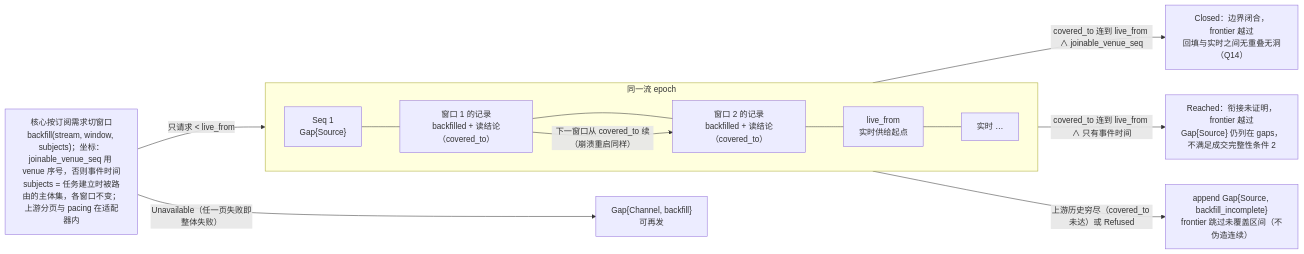
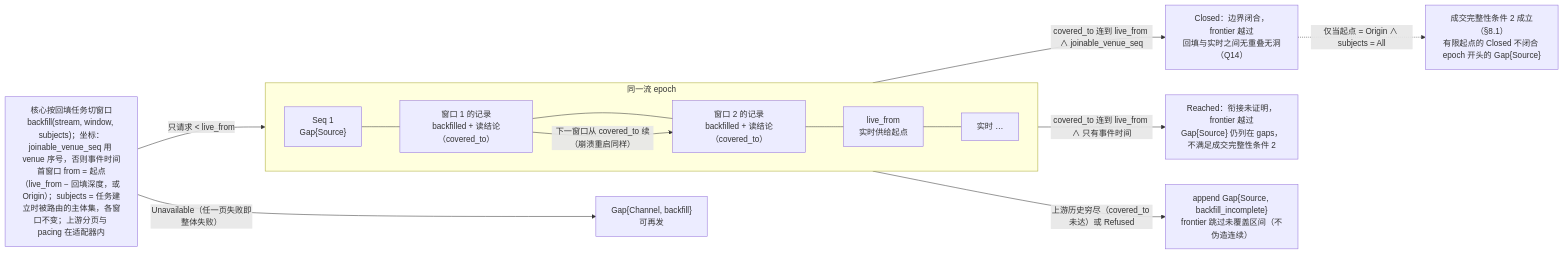
Before and after one commit to mouriya-s-lab/uta: the fourth of 6 diagrams in design/diagrams/03-observation-ingest.md, drawn with Mermaid. The commit also changed other lines of this file and 9 other files, not shown here.

Commit message:
design: subject-scoped delivery and delivery-only items, Pending with instance_id, backfill trigger and origin provability, orders completeness bound shape, stale health at startup, quota-pool transition, route demand from supply items

````diff
--- a/design/diagrams/03-observation-ingest.md
+++ b/design/diagrams/03-observation-ingest.md
@@ -101,13 +102,14 @@
 ```mermaid
 flowchart LR
   subgraph EPOCH["同一流 epoch"]
     direction LR
     G["Seq 1<br/>Gap{Source}"] --- BF1["窗口 1 的记录<br/>backfilled + 读结论（covered_to）"] --- BF2["窗口 2 的记录<br/>backfilled + 读结论（covered_to）"] --- LF["live_from<br/>实时供给起点"] --- L1["实时 …"]
   end
-  CORE["核心按订阅需求切窗口<br/>backfill(stream, window, subjects)；坐标：joinable_venue_seq 用 venue 序号，否则事件时间<br/>subjects = 任务建立时被路由的主体集，各窗口不变；上游分页与 pacing 在适配器内"] -->|"只请求 < live_from"| BF1
+  CORE["核心按回填任务切窗口<br/>backfill(stream, window, subjects)；坐标：joinable_venue_seq 用 venue 序号，否则事件时间<br/>首窗口 from = 起点（live_from − 回填深度，或 Origin）；subjects = 任务建立时被路由的主体集，各窗口不变；上游分页与 pacing 在适配器内"] -->|"只请求 < live_from"| BF1
   BF1 -->|"下一窗口从 covered_to 续（崩溃重启同样）"| BF2
   BF2 -->|"covered_to 连到 live_from ∧ joinable_venue_seq"| CLOSE["Closed：边界闭合，frontier 越过<br/>回填与实时之间无重叠无洞（Q14）"]
   BF2 -->|"covered_to 连到 live_from ∧ 只有事件时间"| REACH["Reached：衔接未证明，frontier 越过<br/>Gap{Source} 仍列在 gaps，不满足成交完整性条件 2"]
+  CLOSE -.->|"仅当起点 = Origin ∧ subjects = All"| COMPLETE["成交完整性条件 2 成立（§8.1）<br/>有限起点的 Closed 不闭合 epoch 开头的 Gap{Source}"]
   BF2 -->|"上游历史穷尽（covered_to 未达）或 Refused"| INC["append Gap{Source, backfill_incomplete}<br/>frontier 跳过未覆盖区间（不伪造连续）"]
   CORE -->|"Unavailable（任一页失败即整体失败）"| CH["Gap{Channel, backfill}<br/>可再发"]
 ```
````
